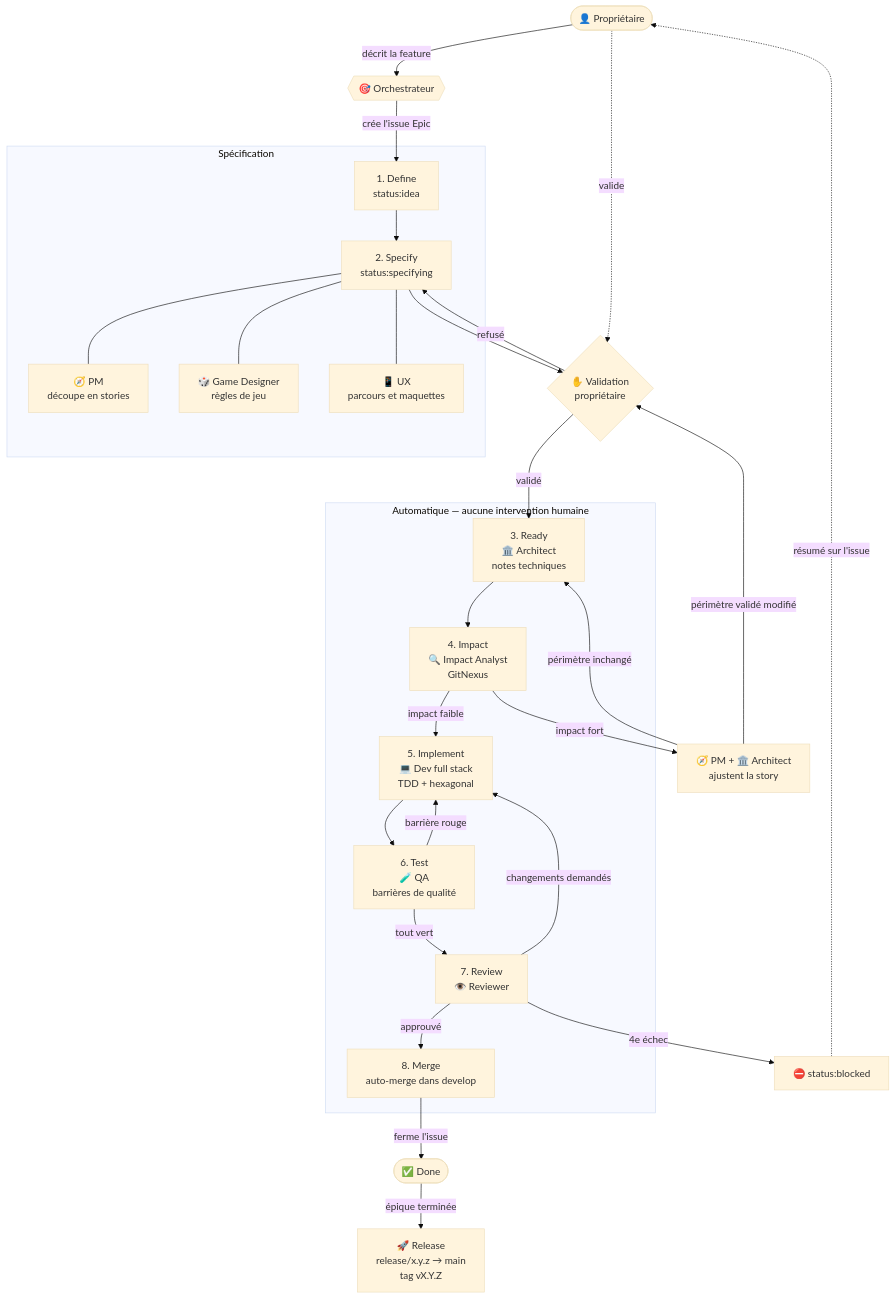
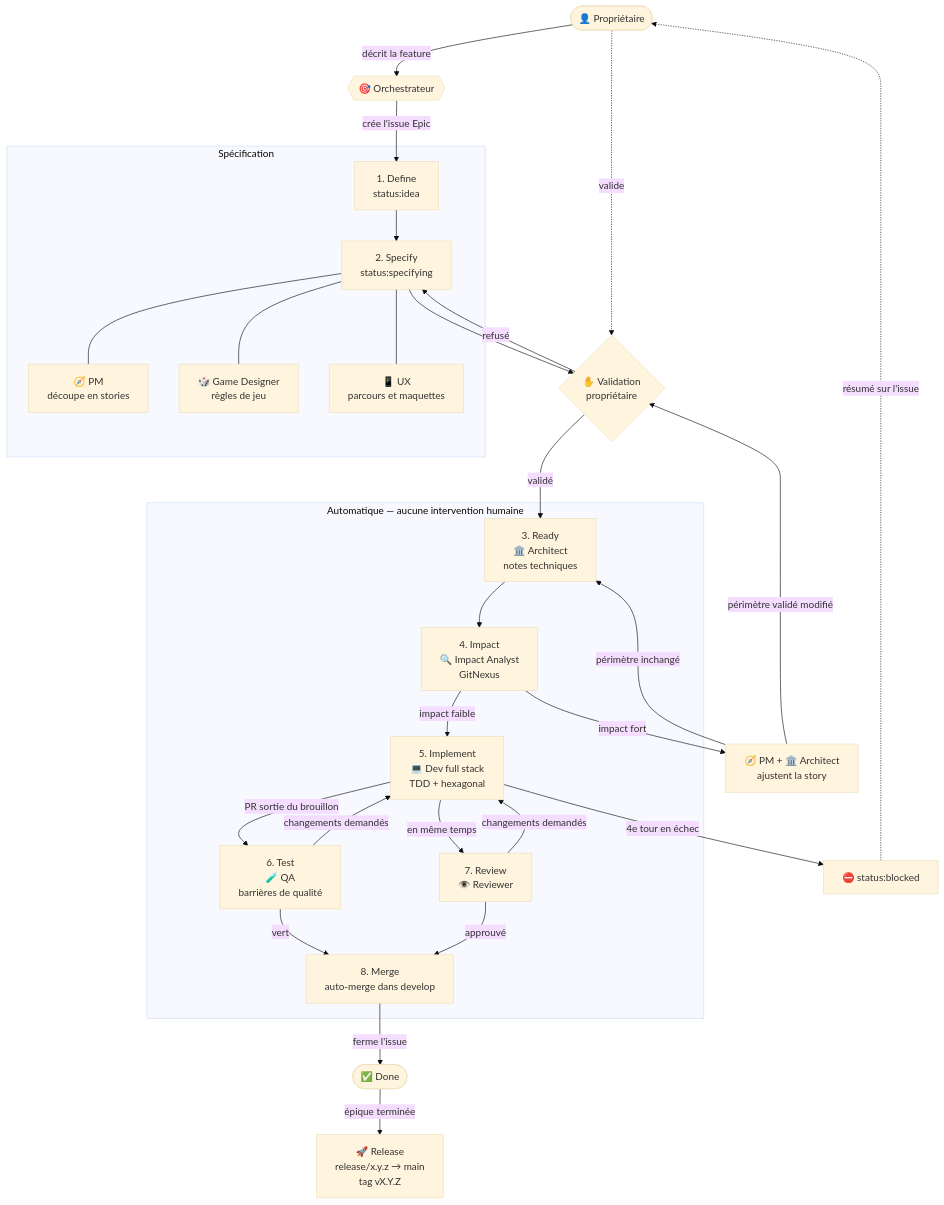
Before and after one commit to BPotet/ascent: the first of 2 diagrams in docs/workflow.md, drawn with Mermaid (base theme). The commit also changed other lines of this file and 12 other files, not shown here.

First line of the commit message:
chore(workflow): speed up the story flow (#59)

````diff
--- a/docs/workflow.md
+++ b/docs/workflow.md
@@ -15,50 +15,51 @@
 ```mermaid
 flowchart TD
     OWNER([👤 Propriétaire])
     ORCH{{🎯 Orchestrateur}}
 
     OWNER -- décrit la feature --> ORCH
     ORCH -- crée l'issue Epic --> S1
 
     subgraph SPEC [" Spécification "]
         S1[1. Define<br/>status:idea]
         S2[2. Specify<br/>status:specifying]
         PM[🧭 PM<br/>découpe en stories]
         GD[🎲 Game Designer<br/>règles de jeu]
         UX[📱 UX<br/>parcours et maquettes]
         S1 --> S2
         S2 --- PM & GD & UX
     end
 
     S2 --> GATE1{✋ Validation<br/>propriétaire}
     OWNER -. valide .-> GATE1
     GATE1 -- refusé --> S2
     GATE1 -- validé --> S3
 
     subgraph AUTO [" Automatique — aucune intervention humaine "]
         S3[3. Ready<br/>🏛️ Architect<br/>notes techniques]
         S4[4. Impact<br/>🔍 Impact Analyst<br/>GitNexus]
         S5[5. Implement<br/>💻 Dev full stack<br/>TDD + hexagonal]
         S6[6. Test<br/>🧪 QA<br/>barrières de qualité]
         S7[7. Review<br/>👁️ Reviewer]
         S8[8. Merge<br/>auto-merge dans develop]
 
         S3 --> S4
         S4 -- impact faible --> S5
-        S5 --> S6
-        S6 -- barrière rouge --> S5
-        S6 -- tout vert --> S7
+        S5 -- PR sortie du brouillon --> S6
+        S5 -- en même temps --> S7
+        S6 -- changements demandés --> S5
         S7 -- changements demandés --> S5
+        S6 -- vert --> S8
         S7 -- approuvé --> S8
     end
 
     S4 -- impact fort --> ESC[🧭 PM + 🏛️ Architect<br/>ajustent la story]
     ESC -- périmètre inchangé --> S3
     ESC -- périmètre validé modifié --> GATE1
 
-    S7 -- 4e échec --> BLOCK[⛔ status:blocked]
+    S5 -- 4e tour en échec --> BLOCK[⛔ status:blocked]
     BLOCK -. résumé sur l'issue .-> OWNER
 
     S8 -- ferme l'issue --> DONE([✅ Done])
     DONE -- épique terminée --> REL[🚀 Release<br/>release/x.y.z → main<br/>tag vX.Y.Z]
 ```
````
